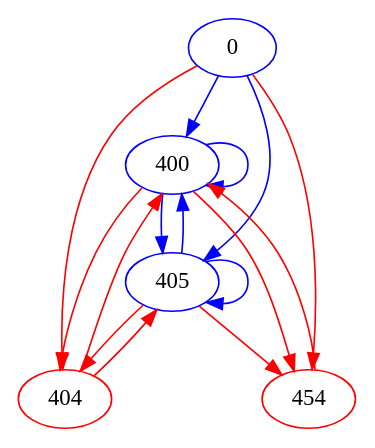
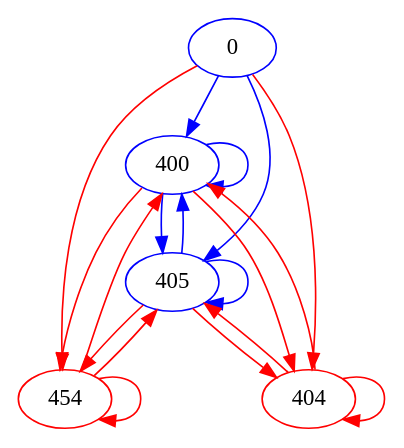
Before and after one commit to nemo6655/SMGfuzz: the diagram in RL_Pytorch/output/ipsm.dot, drawn with Graphviz. The commit also changed 23778 other files, not shown here.

```diff
--- a/RL_Pytorch/output/ipsm.dot
+++ b/RL_Pytorch/output/ipsm.dot
@@ -1,39 +1,45 @@
 digraph g {
 	node [color=black];
 	edge [color=black];
 	0	[color=blue];
 	400	[color=blue];
 	0 -> 400	[key=new_edge,
 		color=blue];
 	405	[color=blue];
 	0 -> 405	[key=new_edge,
 		color=blue];
+	454	[color=red];
+	0 -> 454	[key=new_edge,
+		color=red];
 	404	[color=red];
 	0 -> 404	[key=new_edge,
-		color=red];
-	454	[color=red];
-	0 -> 454	[key=new_edge,
 		color=red];
 	400 -> 400	[key=new_edge,
 		color=blue];
 	400 -> 405	[key=new_edge,
 		color=blue];
+	400 -> 454	[key=new_edge,
+		color=red];
 	400 -> 404	[key=new_edge,
-		color=red];
-	400 -> 454	[key=new_edge,
 		color=red];
 	405 -> 400	[key=new_edge,
 		color=blue];
 	405 -> 405	[key=new_edge,
 		color=blue];
+	405 -> 454	[key=new_edge,
+		color=red];
 	405 -> 404	[key=new_edge,
 		color=red];
-	405 -> 454	[key=new_edge,
+	454 -> 400	[key=new_edge,
+		color=red];
+	454 -> 405	[key=new_edge,
+		color=red];
+	454 -> 454	[key=new_edge,
 		color=red];
 	404 -> 400	[key=new_edge,
 		color=red];
 	404 -> 405	[key=new_edge,
 		color=red];
-	454 -> 400	[key=new_edge,
+	404 -> 404	[key=new_edge,
 		color=red];
 }
```
